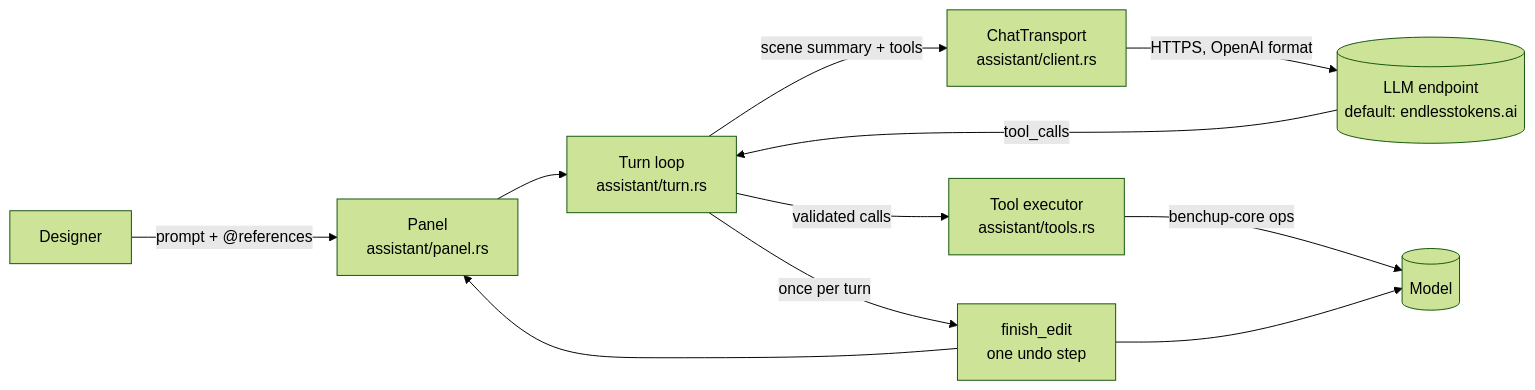
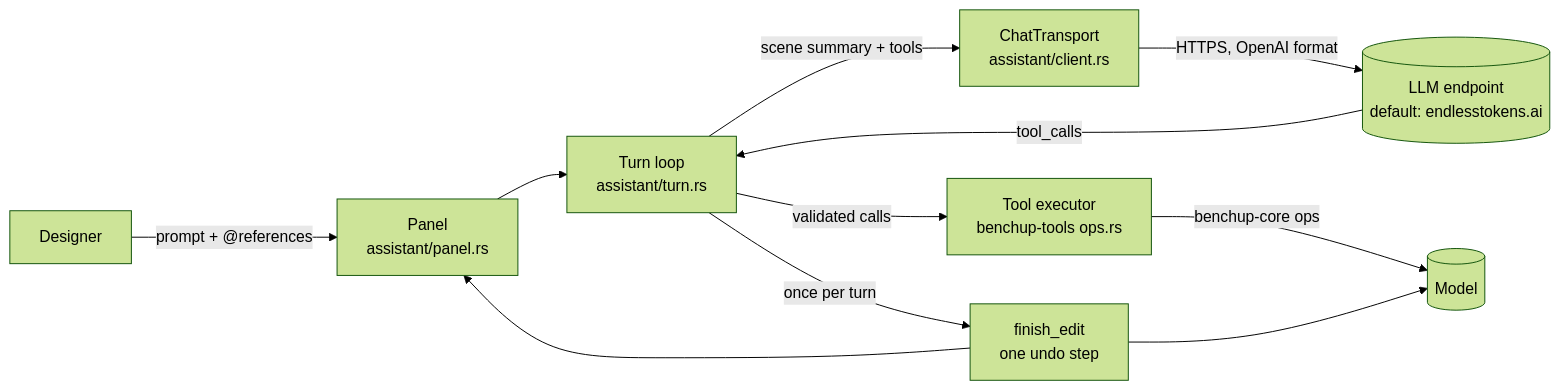
The diagram in docs/mira/README.md (BenchUp3D/benchup), drawn with Mermaid (forest theme) before and after one commit. The commit also changed other lines of this file and 14 other files, not shown here.

````diff
--- a/docs/mira/README.md
+++ b/docs/mira/README.md
@@ -26,13 +31,13 @@
 ```mermaid
 flowchart LR
     D[Designer] -->|prompt + @references| P[Panel<br/>assistant/panel.rs]
     P --> T[Turn loop<br/>assistant/turn.rs]
     T -->|scene summary + tools| C[ChatTransport<br/>assistant/client.rs]
     C -->|HTTPS, OpenAI format| L[(LLM endpoint<br/>default: endlesstokens.ai)]
     L -->|tool_calls| T
-    T -->|validated calls| X[Tool executor<br/>assistant/tools.rs]
+    T -->|validated calls| X[Tool executor<br/>benchup-tools ops.rs]
     X -->|benchup-core ops| M[(Model)]
     T -->|once per turn| F[finish_edit<br/>one undo step]
     F --> M
     F --> P
 ```
````
